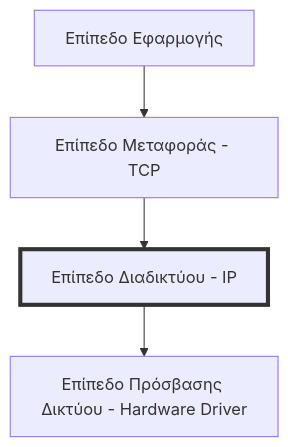
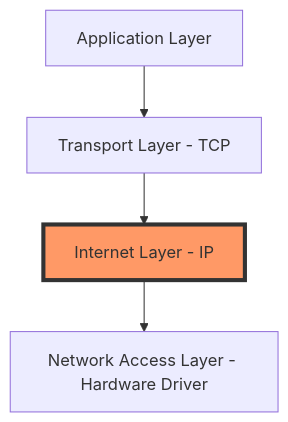
One commit to PanagopoulosNikolaos/DitOpenNotes changed the first of 6 diagrams in Year_1/Semester_2/NETWORKING/Resources/Notes/4. Internet Layer.md. Above: the diagram before and after it, drawn with Mermaid. The commit also changed other lines of this file and 61 other files, not shown here.

````diff
--- a/Year_1/Semester_2/NETWORKING/Resources/Notes/4. Internet Layer.md
+++ b/Year_1/Semester_2/NETWORKING/Resources/Notes/4. Internet Layer.md
@@ -7,7 +7,7 @@
 ```Mermaid
 graph TD
-    A[Επίπεδο Εφαρμογής] --> B[Επίπεδο Μεταφοράς - TCP]
-    B --> C[Επίπεδο Διαδικτύου - IP]
-    C --> D[Επίπεδο Πρόσβασης Δικτύου - Hardware Driver]
-    style C fill:\#f96,stroke:#333,stroke-width:4px
+    A[Application Layer] --> B[Transport Layer - TCP]
+    B --> C[Internet Layer - IP]
+    C --> D[Network Access Layer - Hardware Driver]
+    style C fill:#f96,stroke:#333,stroke-width:4px
 ```
````
